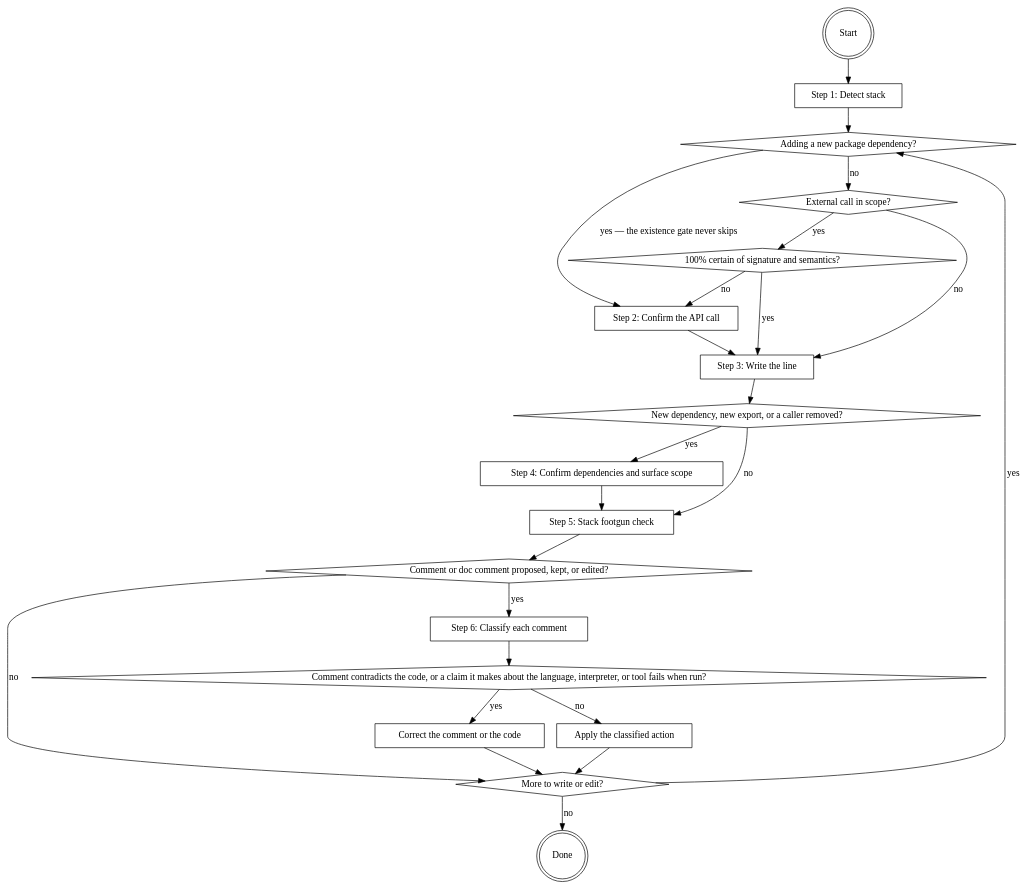
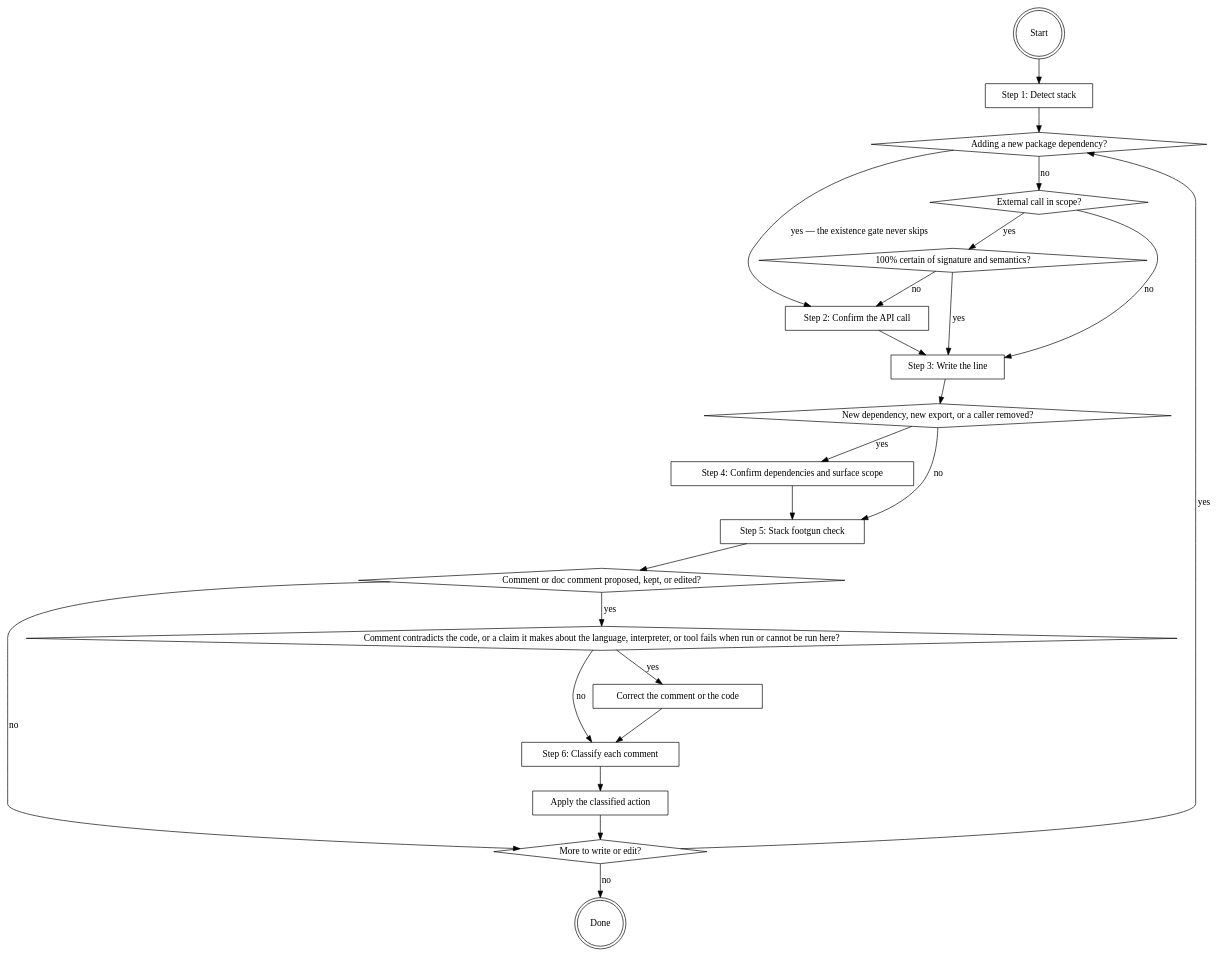
The diagram in plugins/software-writer/skills/writing-code/SKILL.md (it-bens/ai-tools), drawn with Graphviz before and after one commit. The commit also changed other lines of this file and 7 other files, not shown here.

First line of the commit message:
fix(software-writer): correct status-capture, injection, comment checks

````diff
--- a/plugins/software-writer/skills/writing-code/SKILL.md
+++ b/plugins/software-writer/skills/writing-code/SKILL.md
@@ -20,44 +20,44 @@
 ```dot
 digraph writing_code {
     "Start" [shape=doublecircle];
     "Step 1: Detect stack" [shape=box];
     "Adding a new package dependency?" [shape=diamond];
     "External call in scope?" [shape=diamond];
     "100% certain of signature and semantics?" [shape=diamond];
     "Step 2: Confirm the API call" [shape=box];
     "Step 3: Write the line" [shape=box];
     "New dependency, new export, or a caller removed?" [shape=diamond];
     "Step 4: Confirm dependencies and surface scope" [shape=box];
     "Step 5: Stack footgun check" [shape=box];
     "Comment or doc comment proposed, kept, or edited?" [shape=diamond];
     "Step 6: Classify each comment" [shape=box];
-    "Comment contradicts the code, or a claim it makes about the language, interpreter, or tool fails when run?" [shape=diamond];
+    "Comment contradicts the code, or a claim it makes about the language, interpreter, or tool fails when run or cannot be run here?" [shape=diamond];
     "Correct the comment or the code" [shape=box];
     "Apply the classified action" [shape=box];
     "More to write or edit?" [shape=diamond];
     "Done" [shape=doublecircle];
 
     "Start" -> "Step 1: Detect stack" -> "Adding a new package dependency?";
     "Adding a new package dependency?" -> "Step 2: Confirm the API call" [label="yes — the existence gate never skips"];
     "Adding a new package dependency?" -> "External call in scope?" [label="no"];
     "External call in scope?" -> "100% certain of signature and semantics?" [label="yes"];
     "External call in scope?" -> "Step 3: Write the line" [label="no"];
     "100% certain of signature and semantics?" -> "Step 3: Write the line" [label="yes"];
     "100% certain of signature and semantics?" -> "Step 2: Confirm the API call" [label="no"];
     "Step 2: Confirm the API call" -> "Step 3: Write the line";
     "Step 3: Write the line" -> "New dependency, new export, or a caller removed?";
     "New dependency, new export, or a caller removed?" -> "Step 4: Confirm dependencies and surface scope" [label="yes"];
     "New dependency, new export, or a caller removed?" -> "Step 5: Stack footgun check" [label="no"];
     "Step 4: Confirm dependencies and surface scope" -> "Step 5: Stack footgun check";
     "Step 5: Stack footgun check" -> "Comment or doc comment proposed, kept, or edited?";
-    "Comment or doc comment proposed, kept, or edited?" -> "Step 6: Classify each comment" [label="yes"];
+    "Comment or doc comment proposed, kept, or edited?" -> "Comment contradicts the code, or a claim it makes about the language, interpreter, or tool fails when run or cannot be run here?" [label="yes"];
     "Comment or doc comment proposed, kept, or edited?" -> "More to write or edit?" [label="no"];
-    "Step 6: Classify each comment" -> "Comment contradicts the code, or a claim it makes about the language, interpreter, or tool fails when run?";
-    "Comment contradicts the code, or a claim it makes about the language, interpreter, or tool fails when run?" -> "Correct the comment or the code" [label="yes"];
-    "Comment contradicts the code, or a claim it makes about the language, interpreter, or tool fails when run?" -> "Apply the classified action" [label="no"];
-    "Correct the comment or the code" -> "More to write or edit?";
+    "Comment contradicts the code, or a claim it makes about the language, interpreter, or tool fails when run or cannot be run here?" -> "Correct the comment or the code" [label="yes"];
+    "Comment contradicts the code, or a claim it makes about the language, interpreter, or tool fails when run or cannot be run here?" -> "Step 6: Classify each comment" [label="no"];
+    "Correct the comment or the code" -> "Step 6: Classify each comment";
+    "Step 6: Classify each comment" -> "Apply the classified action";
     "Apply the classified action" -> "More to write or edit?";
     "More to write or edit?" -> "Adding a new package dependency?" [label="yes"];
     "More to write or edit?" -> "Done" [label="no"];
 }
 ```
````
